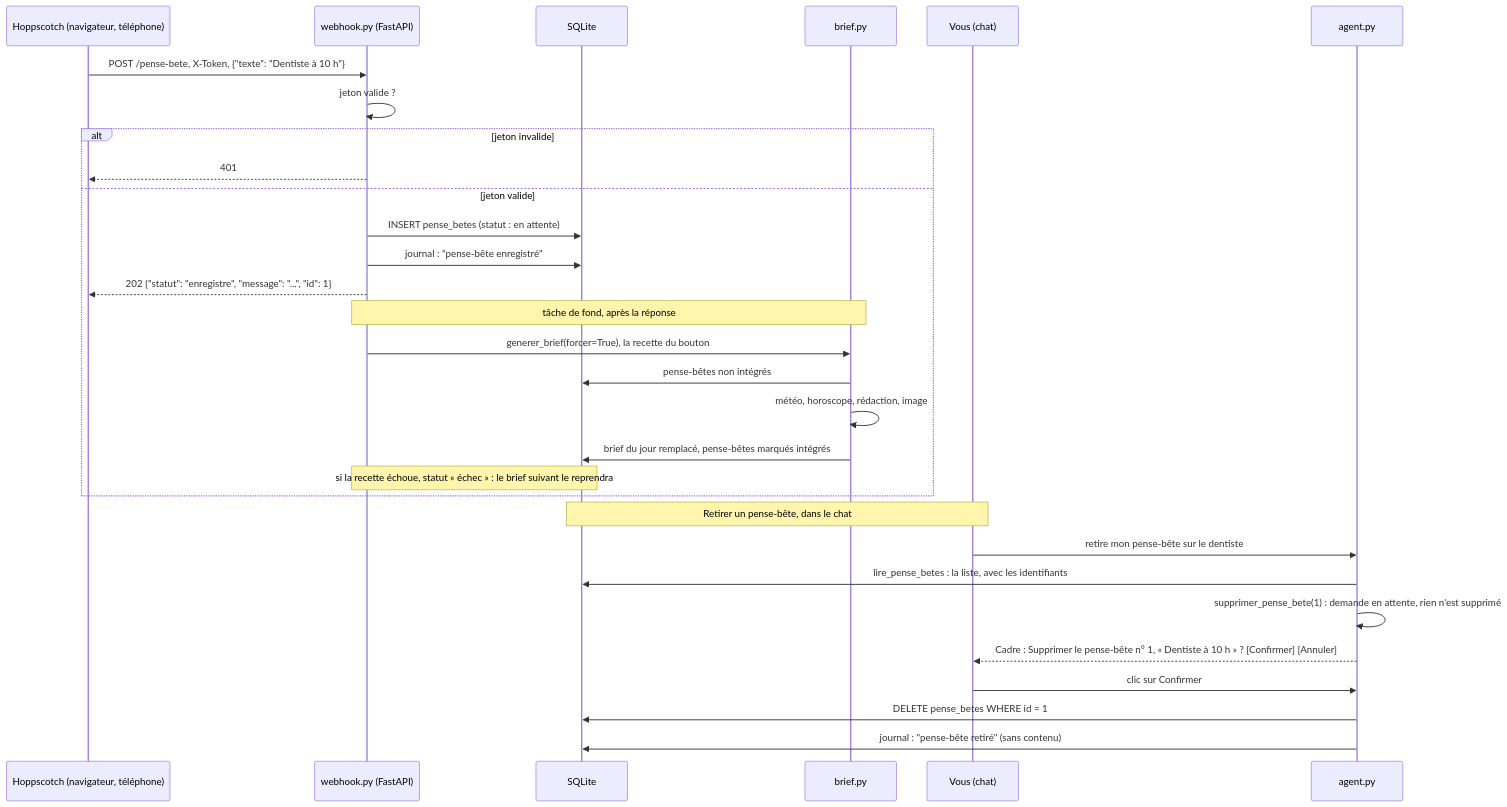
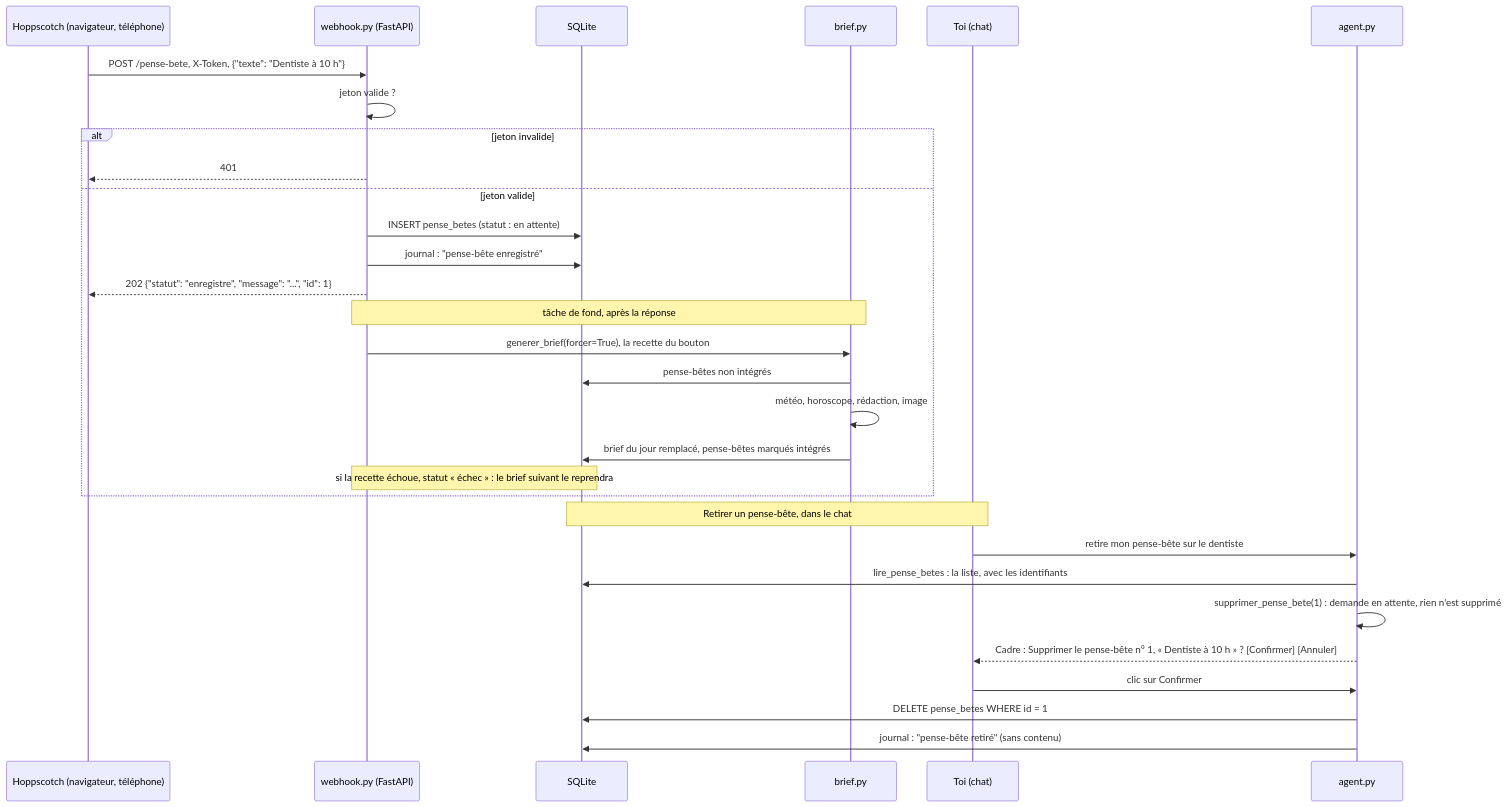
One commit to lecinquiemejour-code/goodvibe-tuto changed diagram 39 of 42 in tuto-goodvibe-vibecoding.md. Above: the diagram before and after it, drawn with Mermaid. The commit also changed other lines of this file, not shown here.

Commit message:
docs(tuto): les fiches 8 à 14 tutoient le pilote ; « À vous d'abord » devient « À toi d'abord »

````diff
--- a/tuto-goodvibe-vibecoding.md
+++ b/tuto-goodvibe-vibecoding.md
@@ -2024,32 +2024,32 @@
 ```mermaid
 sequenceDiagram
     participant X as Hoppscotch (navigateur, téléphone)
     participant W as webhook.py (FastAPI)
     participant D as SQLite
     participant B as brief.py
     X->>W: POST /pense-bete, X-Token, {"texte": "Dentiste à 10 h"}
     W->>W: jeton valide ?
     alt jeton invalide
         W-->>X: 401
     else jeton valide
         W->>D: INSERT pense_betes (statut : en attente)
         W->>D: journal : "pense-bête enregistré"
         W-->>X: 202 {"statut": "enregistre", "message": "...", "id": 1}
         Note over W,B: tâche de fond, après la réponse
         W->>B: generer_brief(forcer=True), la recette du bouton
         B->>D: pense-bêtes non intégrés
         B->>B: météo, horoscope, rédaction, image
         B->>D: brief du jour remplacé, pense-bêtes marqués intégrés
         Note over W,D: si la recette échoue, statut « échec » : le brief suivant le reprendra
     end
-    participant U as Vous (chat)
+    participant U as Toi (chat)
     participant A as agent.py
     Note over U,D: Retirer un pense-bête, dans le chat
     U->>A: retire mon pense-bête sur le dentiste
     A->>D: lire_pense_betes : la liste, avec les identifiants
     A->>A: supprimer_pense_bete(1) : demande en attente, rien n'est supprimé
     A-->>U: Cadre : Supprimer le pense-bête n° 1, « Dentiste à 10 h » ? [Confirmer] [Annuler]
     U->>A: clic sur Confirmer
     A->>D: DELETE pense_betes WHERE id = 1
     A->>D: journal : "pense-bête retiré" (sans contenu)
 ```
````
